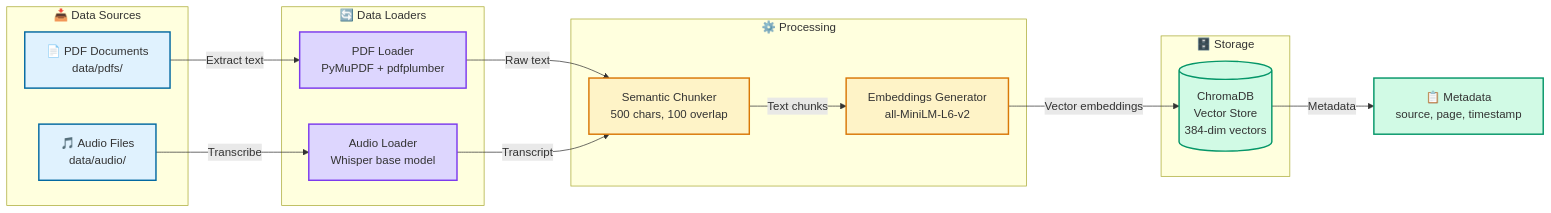
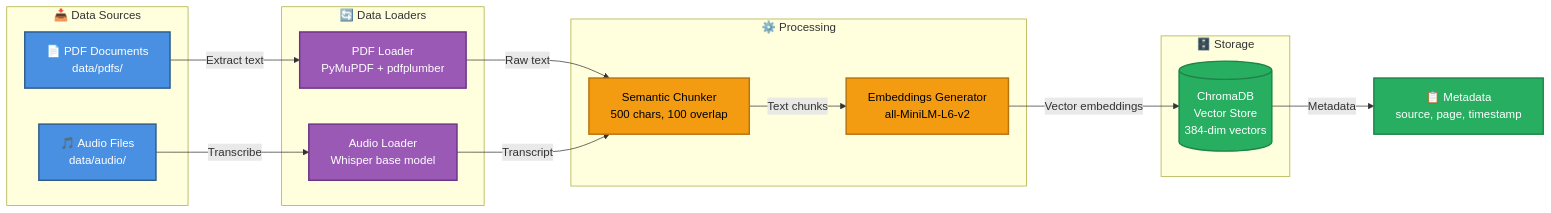
Before and after one commit to shabbir-ciklum/rag-chatbot-module4-assignment: the first of 7 diagrams in ARCHITECTURE_COMPONENTS.md, drawn with Mermaid. The commit also changed other lines of this file, not shown here.

Commit message:
update architecture diagram with theme friendly colors

````diff
--- a/ARCHITECTURE_COMPONENTS.md
+++ b/ARCHITECTURE_COMPONENTS.md
@@ -11,42 +11,42 @@
 ```mermaid
 graph LR
     subgraph Sources["📥 Data Sources"]
         PDF[📄 PDF Documents<br/>data/pdfs/]
         Audio[🎵 Audio Files<br/>data/audio/]
     end
 
     subgraph Loaders["🔄 Data Loaders"]
         PDFLoader[PDF Loader<br/>PyMuPDF + pdfplumber]
         AudioLoader[Audio Loader<br/>Whisper base model]
     end
 
     subgraph Processing["⚙️ Processing"]
         Chunker[Semantic Chunker<br/>500 chars, 100 overlap]
         Embedder[Embeddings Generator<br/>all-MiniLM-L6-v2]
     end
 
     subgraph Storage["🗄️ Storage"]
         VectorDB[(ChromaDB<br/>Vector Store<br/>384-dim vectors)]
     end
 
     PDF -->|Extract text| PDFLoader
     Audio -->|Transcribe| AudioLoader
 
     PDFLoader -->|Raw text| Chunker
     AudioLoader -->|Transcript| Chunker
 
     Chunker -->|Text chunks| Embedder
     Embedder -->|Vector embeddings| VectorDB
 
     VectorDB -->|Metadata| Metadata[📋 Metadata<br/>source, page, timestamp]
 
-    classDef source fill:#e0f2fe,stroke:#0369a1,stroke-width:2px
-    classDef loader fill:#ddd6fe,stroke:#7c3aed,stroke-width:2px
-    classDef process fill:#fef3c7,stroke:#d97706,stroke-width:2px
-    classDef store fill:#d1fae5,stroke:#059669,stroke-width:2px
+    classDef source fill:#4A90E2,stroke:#2E5C8A,stroke-width:2px,color:#fff
+    classDef loader fill:#9B59B6,stroke:#6C3483,stroke-width:2px,color:#fff
+    classDef process fill:#F39C12,stroke:#B8730D,stroke-width:2px,color:#000
+    classDef store fill:#27AE60,stroke:#1E8449,stroke-width:2px,color:#fff
 
     class PDF,Audio source
     class PDFLoader,AudioLoader loader
     class Chunker,Embedder process
     class VectorDB,Metadata store
 ```
````
